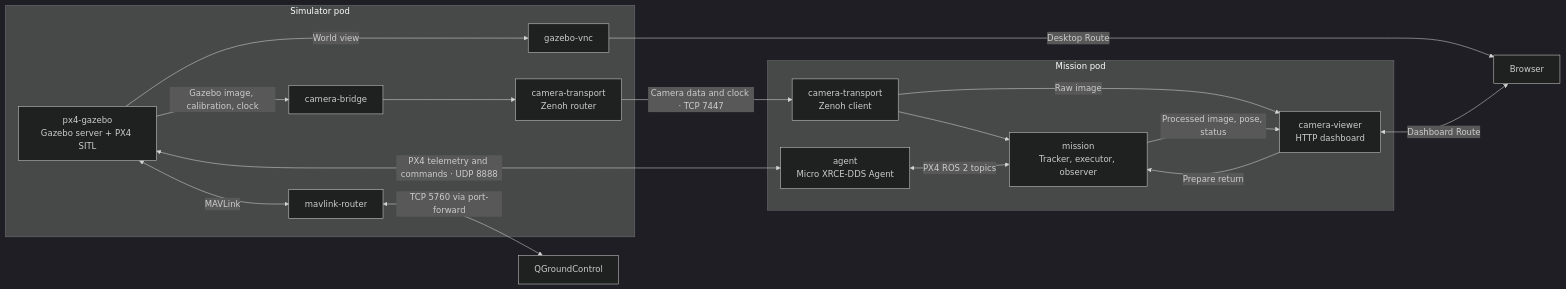
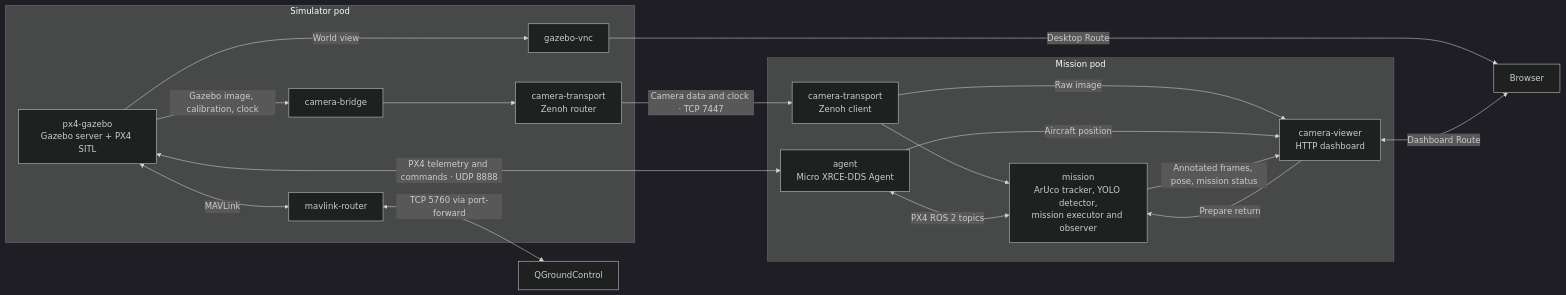
One commit to pzhao0/px4-mission-openshift-demo changed the diagram in docs/architecture.md. Above: the diagram before and after it, drawn with Mermaid (dark theme). The commit also changed other lines of this file and 53 other files, not shown here.

````diff
--- a/docs/architecture.md
+++ b/docs/architecture.md
@@ -9,29 +9,30 @@
 ```mermaid
 flowchart LR
     subgraph sim["Simulator pod"]
         physics["px4-gazebo<br/>Gazebo server + PX4 SITL"]
         bridge["camera-bridge"]
         sender["camera-transport<br/>Zenoh router"]
         gui["gazebo-vnc"]
         mav["mavlink-router"]
         physics -->|Gazebo image, calibration, clock| bridge --> sender
         physics -->|World view| gui
         physics <-->|MAVLink| mav
     end
     subgraph missionPod["Mission pod"]
         receiver["camera-transport<br/>Zenoh client"]
         agent["agent<br/>Micro XRCE-DDS Agent"]
-        app["mission<br/>Tracker, executor, observer"]
+        app["mission<br/>ArUco tracker, YOLO detector,<br/>mission executor and observer"]
         viewer["camera-viewer<br/>HTTP dashboard"]
         receiver --> app
         receiver -->|Raw image| viewer
         agent <-->|PX4 ROS 2 topics| app
-        app -->|Processed image, pose, status| viewer
+        agent -->|Aircraft position| viewer
+        app -->|Annotated frames, pose, mission status| viewer
         viewer -->|Prepare return| app
     end
     sender -->|Camera data and clock · TCP 7447| receiver
     physics <-->|PX4 telemetry and commands · UDP 8888| agent
     mav <-->|TCP 5760 via port-forward| qgc["QGroundControl"]
     gui -->|Desktop Route| browser["Browser"]
     viewer <-->|Dashboard Route| browser
 ```
````
